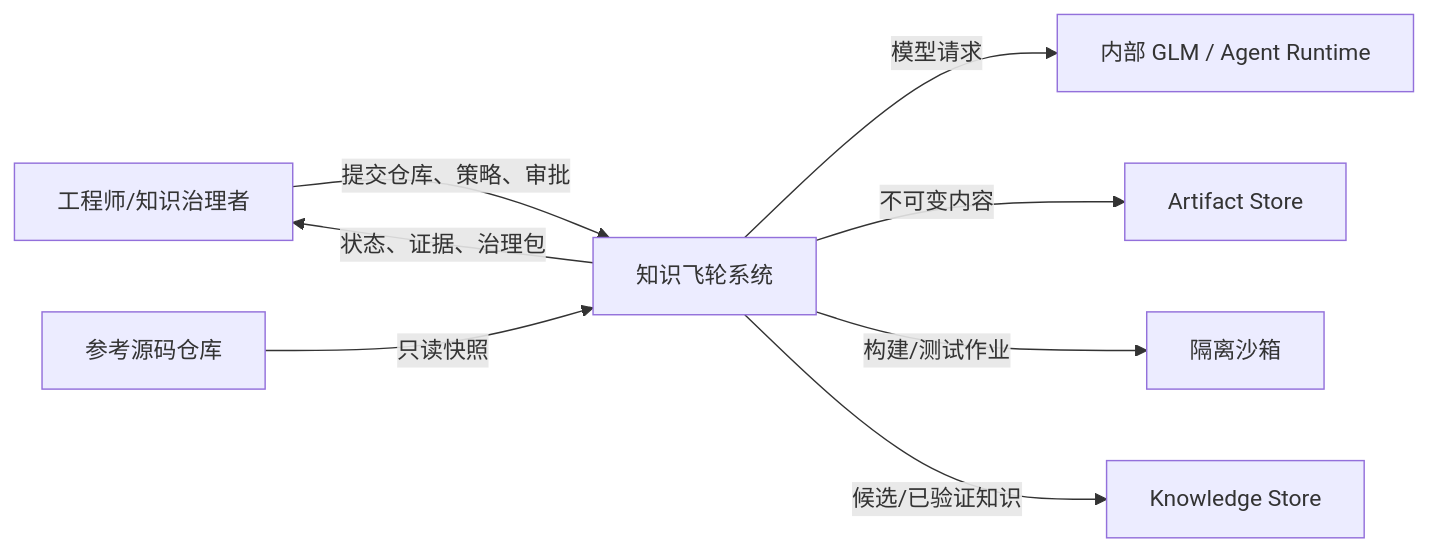
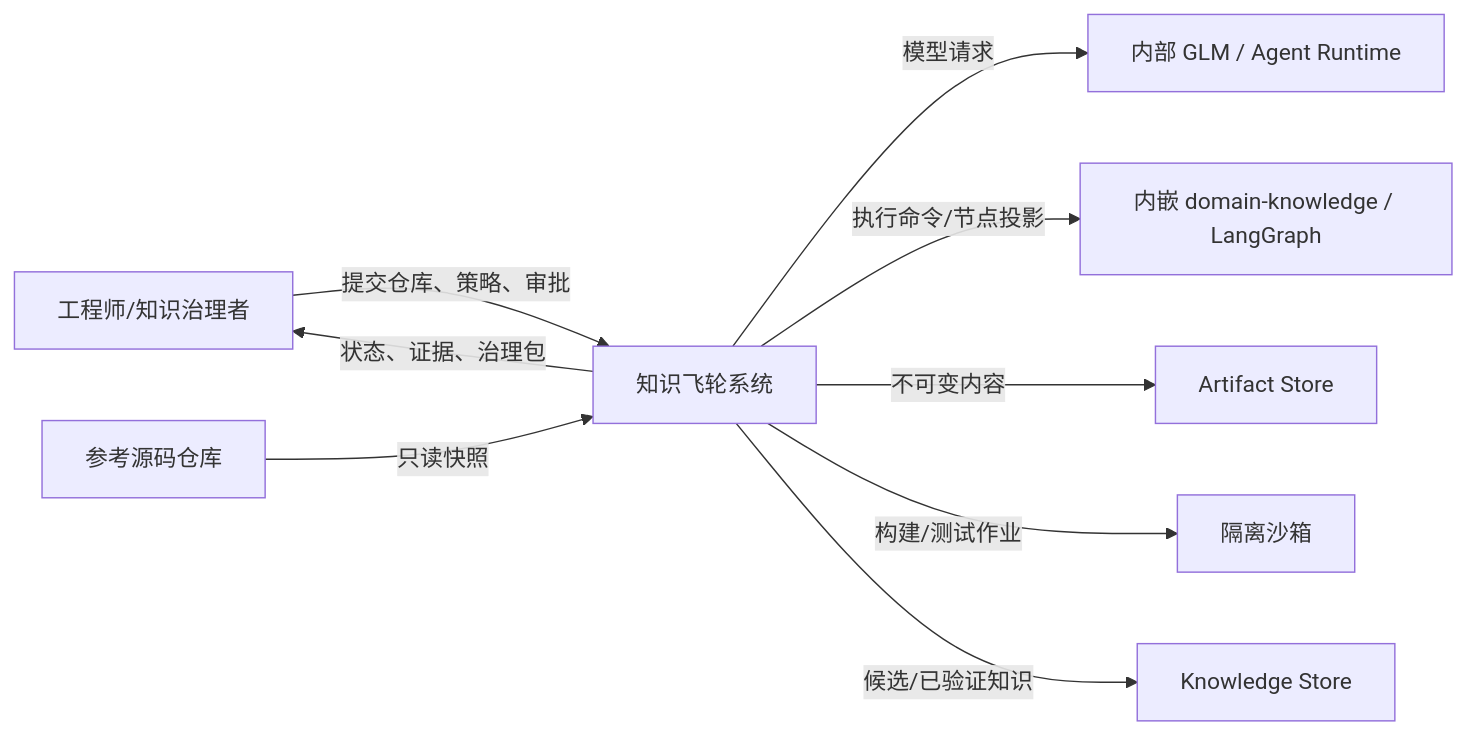
The diagram in endlessWpKnowledgeRunner/specs/02-architecture/system-context.md (linlisWorkTeam/wpKnowledge), drawn with Mermaid before and after one commit. The commit also changed other lines of this file and 51 other files, not shown here.

Commit message:
feat: embed domain knowledge workflow infrastructure

````diff
--- a/endlessWpKnowledgeRunner/specs/02-architecture/system-context.md
+++ b/endlessWpKnowledgeRunner/specs/02-architecture/system-context.md
@@ -3,10 +3,11 @@
 ```mermaid
 flowchart LR
   U[工程师/知识治理者] -->|提交仓库、策略、审批| F[知识飞轮系统]
   F -->|状态、证据、治理包| U
   R[参考源码仓库] -->|只读快照| F
   F -->|模型请求| M[内部 GLM / Agent Runtime]
+  F -->|执行命令/节点投影| W[内嵌 domain-knowledge / LangGraph]
   F -->|不可变内容| A[Artifact Store]
   F -->|构建/测试作业| S[隔离沙箱]
   F -->|候选/已验证知识| K[Knowledge Store]
 ```
````
